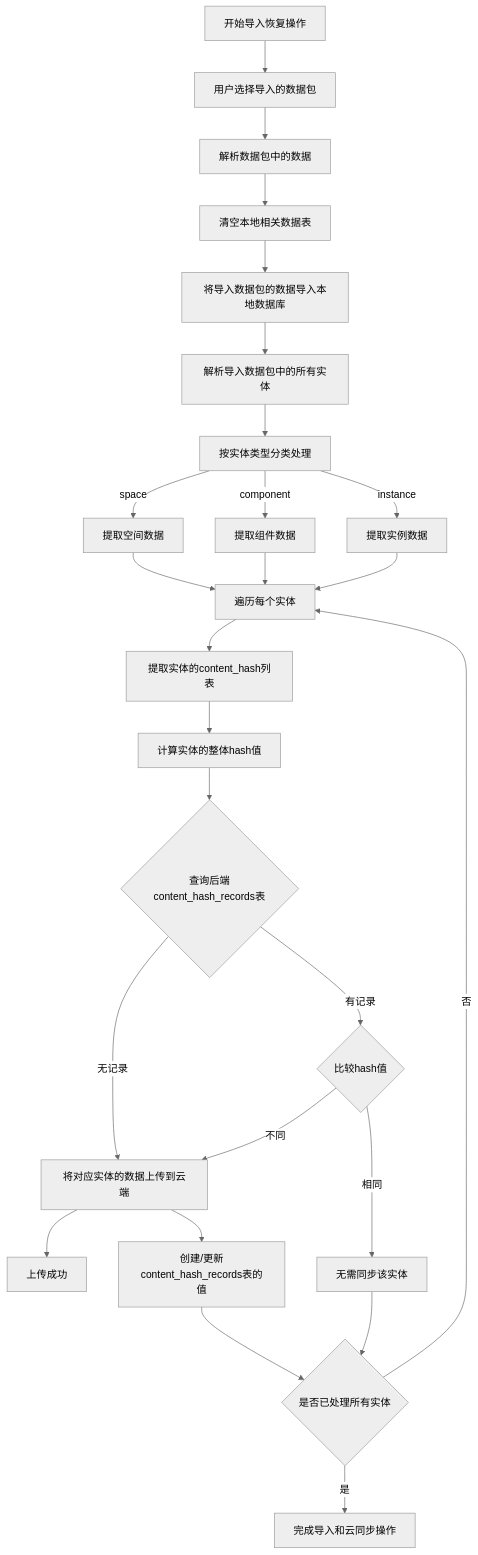
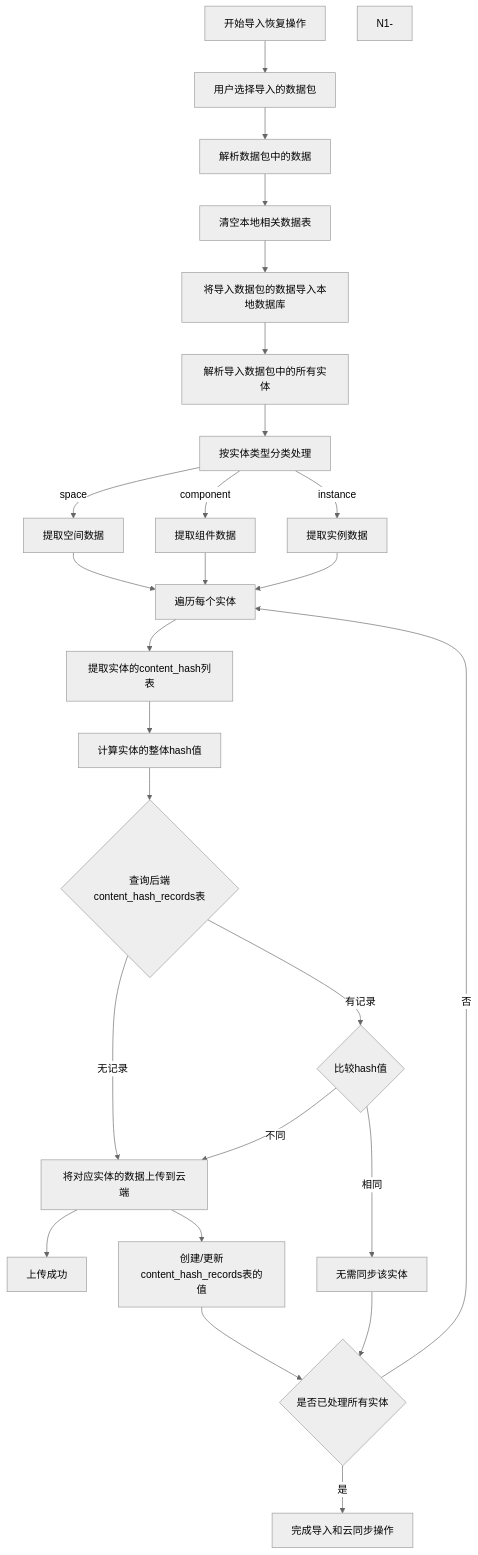
One commit to yingjianzh/iodraw-files changed the diagram in all/未命名-44.md. Above: the diagram before and after it, drawn with Mermaid (neutral theme).

Commit message:
2025-04-27 11:57:01 update

````diff
--- a/all/未命名-44.md
+++ b/all/未命名-44.md
@@ -1,38 +1,40 @@
 ```mermaid
 flowchart TD
     A[开始导入恢复操作] --> B[用户选择导入的数据包]
     B --> C[解析数据包中的数据]
     
     C --> D[清空本地相关数据表]
     D --> E[将导入数据包的数据导入本地数据库]
     
     E --> F[解析导入数据包中的所有实体]
     F --> G[按实体类型分类处理]
     
     G -->|space| H1[提取空间数据]
     G -->|component| H2[提取组件数据]
     G -->|instance| H3[提取实例数据]
     
     H1 --> I[遍历每个实体]
     H2 --> I
     H3 --> I
     
     I --> J[提取实体的content_hash列表]
     J --> K[计算实体的整体hash值]
     
     K --> L{查询后端content_hash_records表}
     L -->|无记录| M1[将对应实体的数据上传到云端]
     M1 --> N1[上传成功]
+    N1-
+
     L -->|有记录| M2{比较hash值}
     M2 -->|不同| M1
 
     M2 -->|相同| M3[无需同步该实体]
     
     M1 --> M4[创建/更新content_hash_records表的值]
     
     M3 --> S{是否已处理所有实体}
     M4 --> S{是否已处理所有实体}
     
     S -->|否| I
     S -->|是| T[完成导入和云同步操作]
 ```
````
